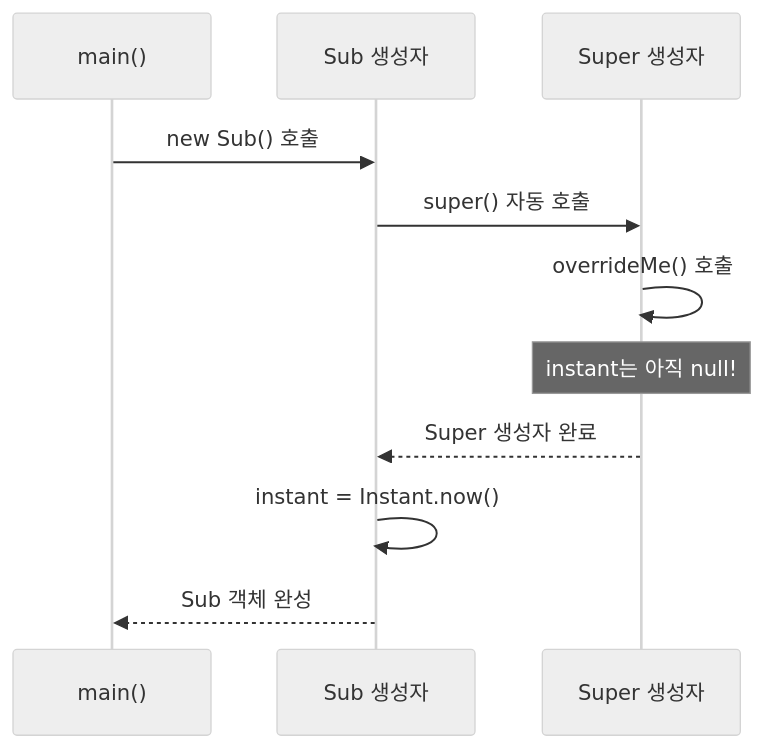
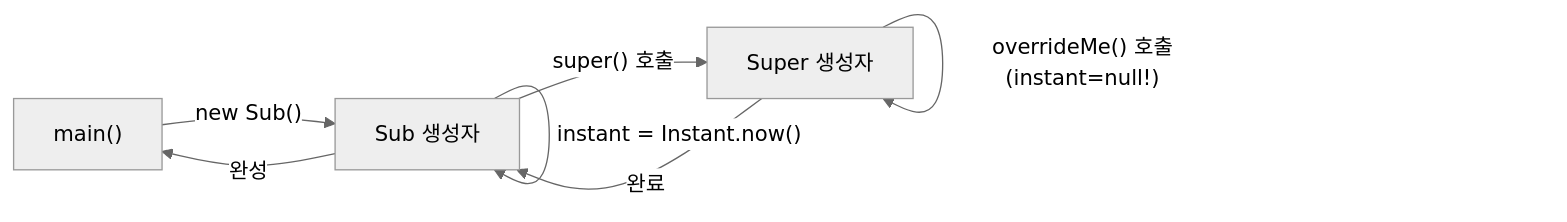
The fourth of 6 diagrams in _posts/java/2022-01-03-effective-java19.md (yjkim2015/yjkim2015.github.io), drawn with Mermaid (neutral theme) before and after one commit. The commit also changed 9 other files, not shown here.

````diff
--- a/_posts/java/2022-01-03-effective-java19.md
+++ b/_posts/java/2022-01-03-effective-java19.md
@@ -144,13 +144,9 @@
 ```mermaid
-sequenceDiagram
-    participant Client as main()
-    participant Sub as Sub 생성자
-    participant Super as Super 생성자
-    Client->>Sub: new Sub() 호출
-    Sub->>Super: super() 자동 호출
-    Super->>Super: overrideMe() 호출
-    Note over Super: instant는 아직 null!
-    Super-->>Sub: Super 생성자 완료
-    Sub->>Sub: instant = Instant.now()
-    Sub-->>Client: Sub 객체 완성
+graph LR
+    C["main()"] -->|"new Sub()"| Sub["Sub 생성자"]
+    Sub -->|"super() 호출"| Super["Super 생성자"]
+    Super -->|"overrideMe() 호출(instant=null!)"| Super
+    Super -->|"완료"| Sub
+    Sub -->|"instant = Instant.now()"| Sub
+    Sub -->|"완성"| C
 ```
````
